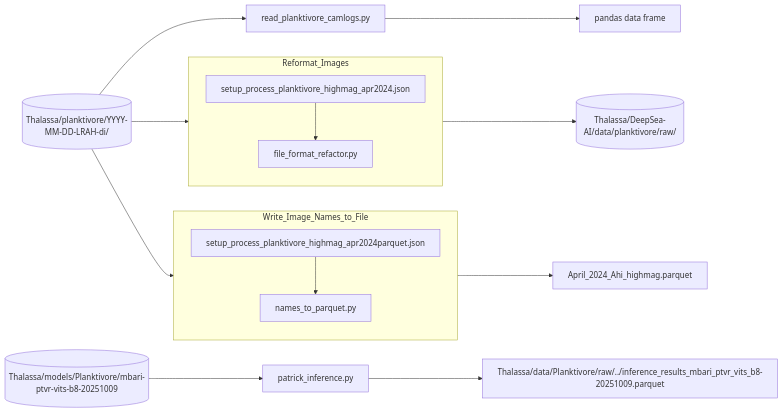
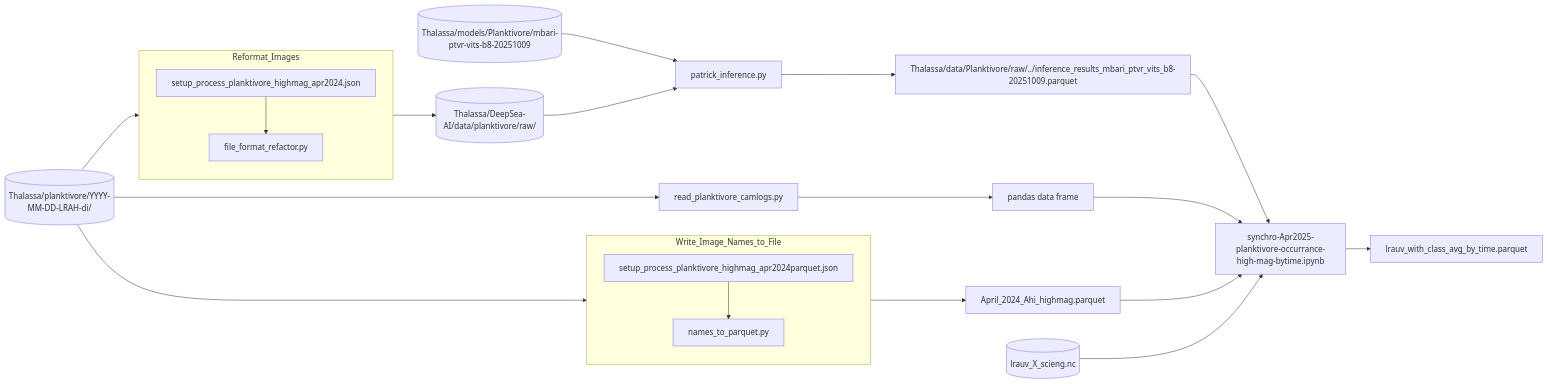
The diagram in mermaid.md (CeNCOOS/planktivore_processing_code), drawn with Mermaid before and after one commit.

Commit message:
added more parts

````diff
--- a/mermaid.md
+++ b/mermaid.md
@@ -1,29 +1,38 @@
 ```mermaid
 flowchart LR
 
 I[(Thalassa/planktivore/YYYY-MM-DD-LRAH-di/)]
 J1[setup_process_planktivore_highmag_apr2024.json]
 P1[file_format_refactor.py]
 OI[(Thalassa/DeepSea-AI/data/planktivore/raw/)]
 J2[setup_process_planktivore_highmag_apr2024parquet.json]
 P2[names_to_parquet.py]
 O1[April_2024_Ahi_highmag.parquet]
 P3[read_planktivore_camlogs.py]
 O2[pandas data frame]
 M1[(Thalassa/models/Planktivore/mbari-ptvr-vits-b8-20251009)]
 P4[patrick_inference.py]
 O3[Thalassa/data/Planktivore/raw/../inference_results_mbari_ptvr_vits_b8-20251009.parquet]
+P5[synchro-Apr2025-planktivore-occurrance-high-mag-bytime.ipynb]
+O4[lrauv_with_class_avg_by_time.parquet]
+V1[(lrauv_X_scieng.nc)]
 
    subgraph Reformat_Images
       direction TB
         J1-->P1
    end
    subgraph Write_Image_Names_to_File
       direction TB
          J2-->P2
    end
    I-->Reformat_Images-->OI
    I-->Write_Image_Names_to_File-->O1
    I-->P3-->O2
    M1-->P4-->O3
+   OI-->P4
+   
+   O3-->P5-->O4
+   O2-->P5
+   O1-->P5
+   V1-->P5
 ```
````
